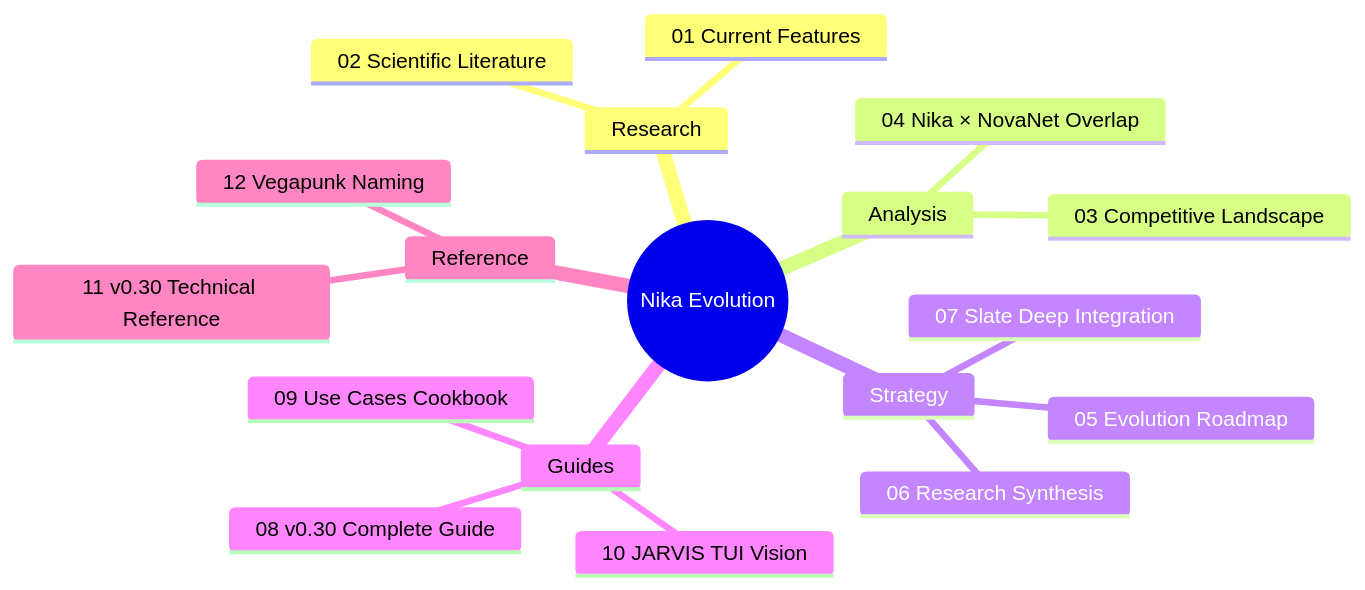
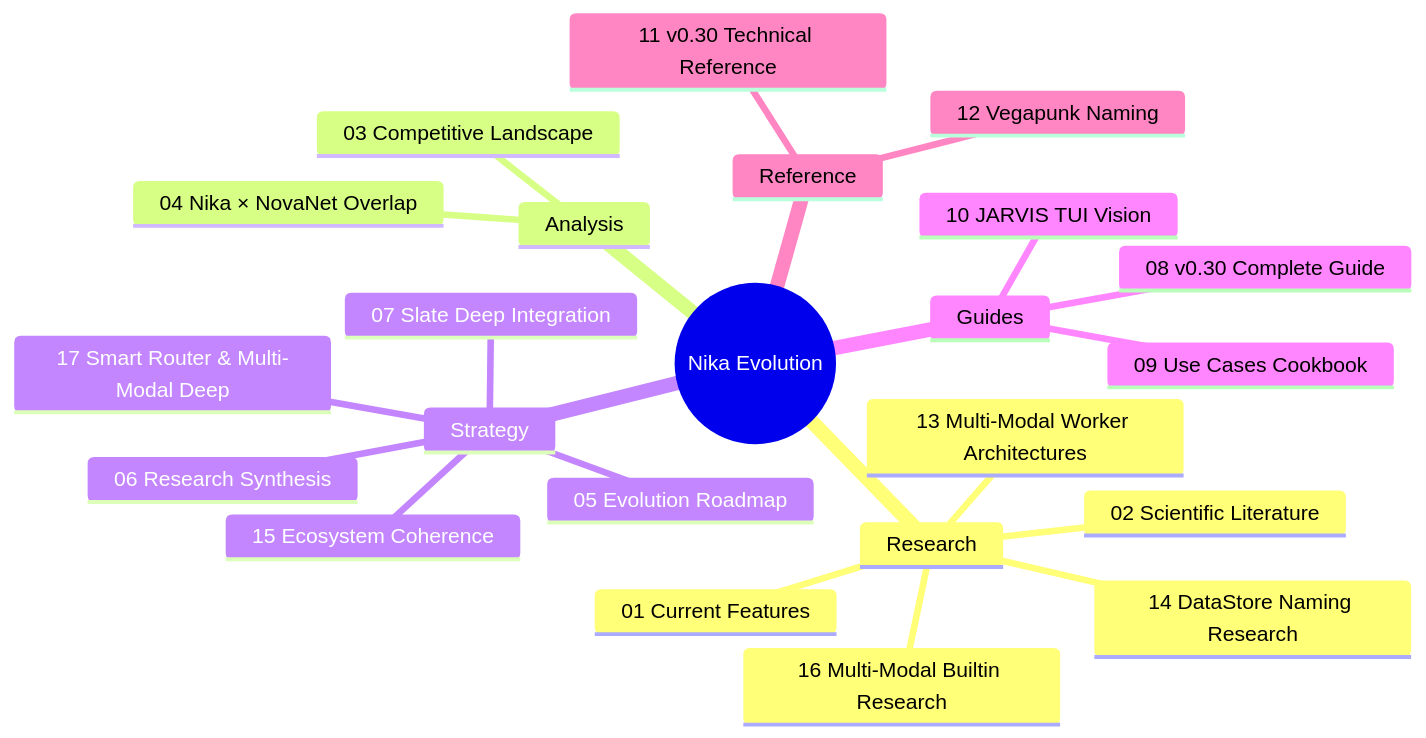
One commit to supernovae-st/nika changed the first of 4 diagrams in docs/brainstorm/nika-evolution/00-README.md. Above: the diagram before and after it, drawn with Mermaid. The commit also changed other lines of this file and 1 other file, not shown here.

````diff
--- a/docs/brainstorm/nika-evolution/00-README.md
+++ b/docs/brainstorm/nika-evolution/00-README.md
@@ -12,21 +12,26 @@
 ```mermaid
 mindmap
   root((Nika Evolution))
     Research
       01 Current Features
       02 Scientific Literature
+      13 Multi-Modal Worker Architectures
+      14 DataStore Naming Research
+      16 Multi-Modal Builtin Research
     Analysis
       03 Competitive Landscape
       04 Nika × NovaNet Overlap
     Strategy
       05 Evolution Roadmap
       06 Research Synthesis
       07 Slate Deep Integration
+      15 Ecosystem Coherence
+      17 Smart Router & Multi-Modal Deep
     Guides
       08 v0.30 Complete Guide
       09 Use Cases Cookbook
       10 JARVIS TUI Vision
     Reference
       11 v0.30 Technical Reference
       12 Vegapunk Naming
 ```
````
